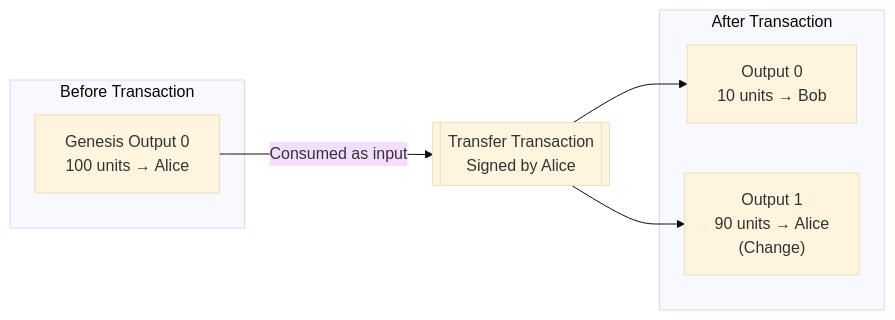
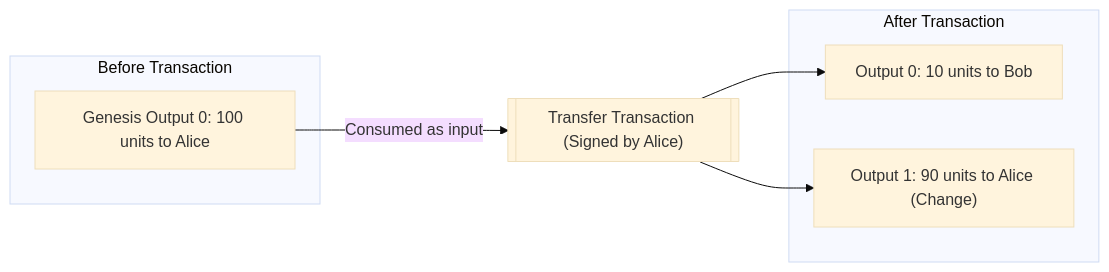
The sixth of 9 diagrams in README.md (walidwh21/MiniChain), drawn with Mermaid (base theme) before and after one commit. The commit also changed other lines of this file, not shown here.

````diff
--- a/README.md
+++ b/README.md
@@ -193,17 +200,17 @@
 ```mermaid
 flowchart LR
     subgraph Before["Before Transaction"]
-        G0["Genesis Output 0<br/>100 units → Alice"]
+        G0["Genesis Output 0: 100 units to Alice"]
     end
 
-    TX[["Transfer Transaction<br/>Signed by Alice"]]
+    TX[["Transfer Transaction (Signed by Alice)"]]
 
     subgraph After["After Transaction"]
-        O1["Output 0<br/>10 units → Bob"]
-        O2["Output 1<br/>90 units → Alice<br/>(Change)"]
+        O1["Output 0: 10 units to Bob"]
+        O2["Output 1: 90 units to Alice (Change)"]
     end
 
     G0 -->|"Consumed as input"| TX
     TX --> O1
     TX --> O2
 ```
````
